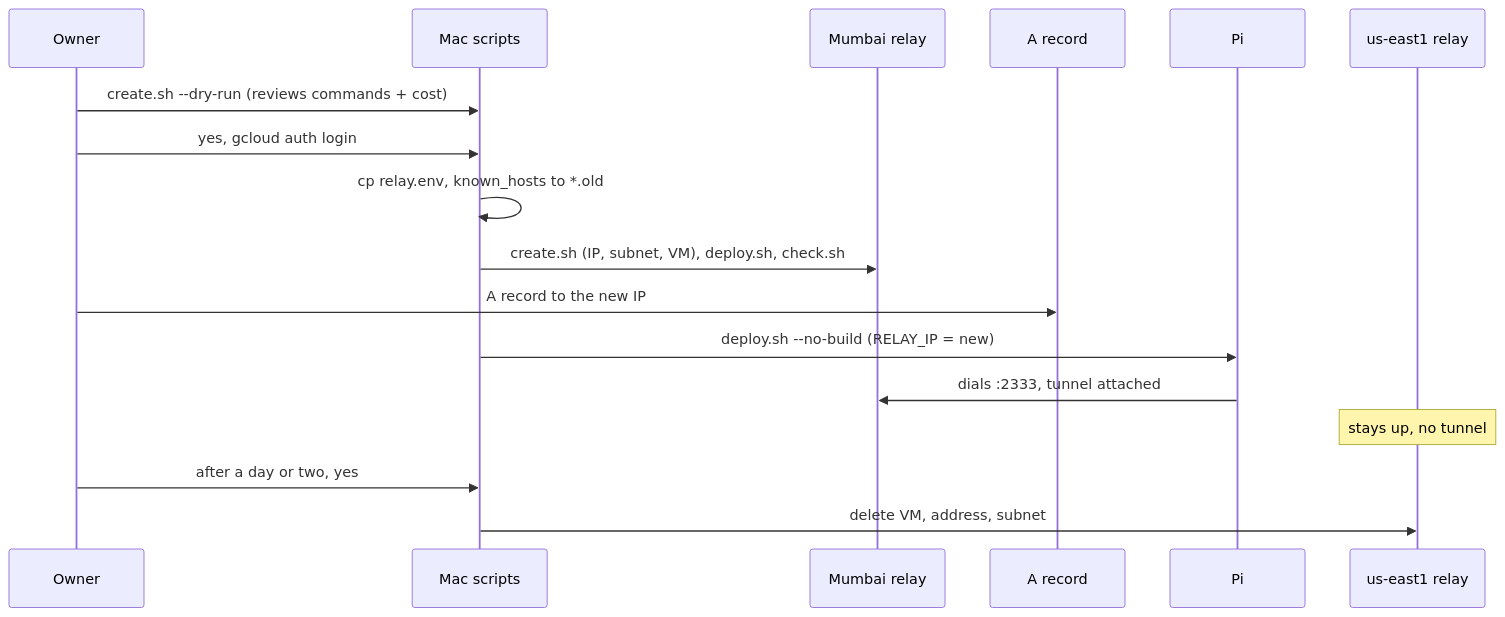
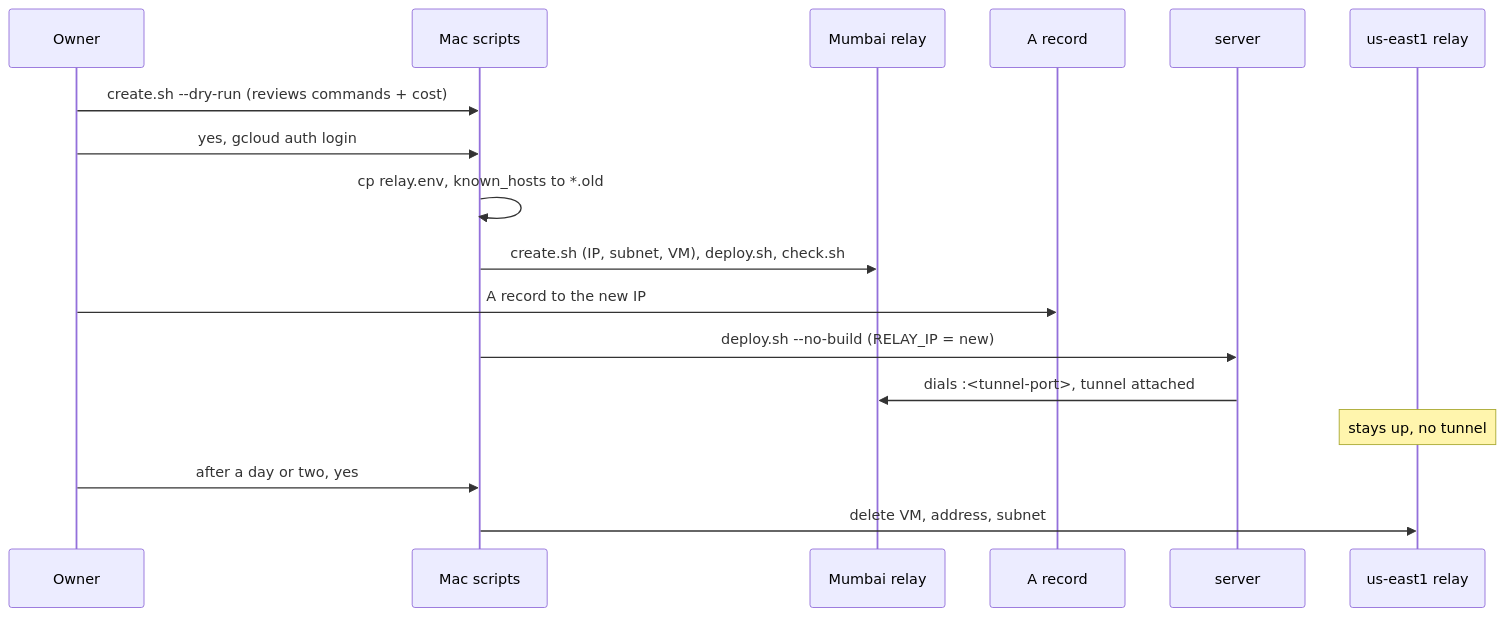
One commit to koppathachan/vyajena changed the diagram in openspec/changes/relay-mumbai/design.md. Above: the diagram before and after it, drawn with Mermaid. The commit also changed other lines of this file and 437 other files, not shown here.

````diff
--- a/openspec/changes/relay-mumbai/design.md
+++ b/openspec/changes/relay-mumbai/design.md
@@ -48,19 +48,19 @@
 ```mermaid
 sequenceDiagram
   participant O as Owner
   participant M as Mac scripts
   participant New as Mumbai relay
   participant DNS as A record
-  participant Pi
+  participant server
   participant Old as us-east1 relay
   O->>M: create.sh --dry-run (reviews commands + cost)
   O->>M: yes, gcloud auth login
   M->>M: cp relay.env, known_hosts to *.old
   M->>New: create.sh (IP, subnet, VM), deploy.sh, check.sh
   O->>DNS: A record to the new IP
-  M->>Pi: deploy.sh --no-build (RELAY_IP = new)
-  Pi->>New: dials :2333, tunnel attached
+  M->>server: deploy.sh --no-build (RELAY_IP = new)
+  server->>New: dials :<tunnel-port>, tunnel attached
   Note over Old: stays up, no tunnel
   O->>M: after a day or two, yes
   M->>Old: delete VM, address, subnet
 ```
````
